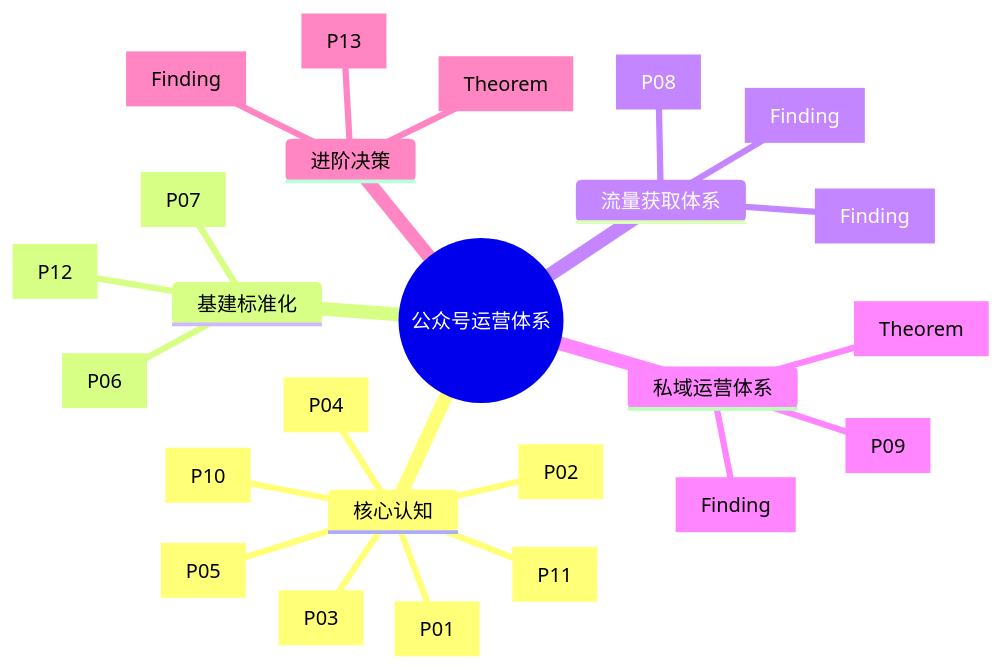
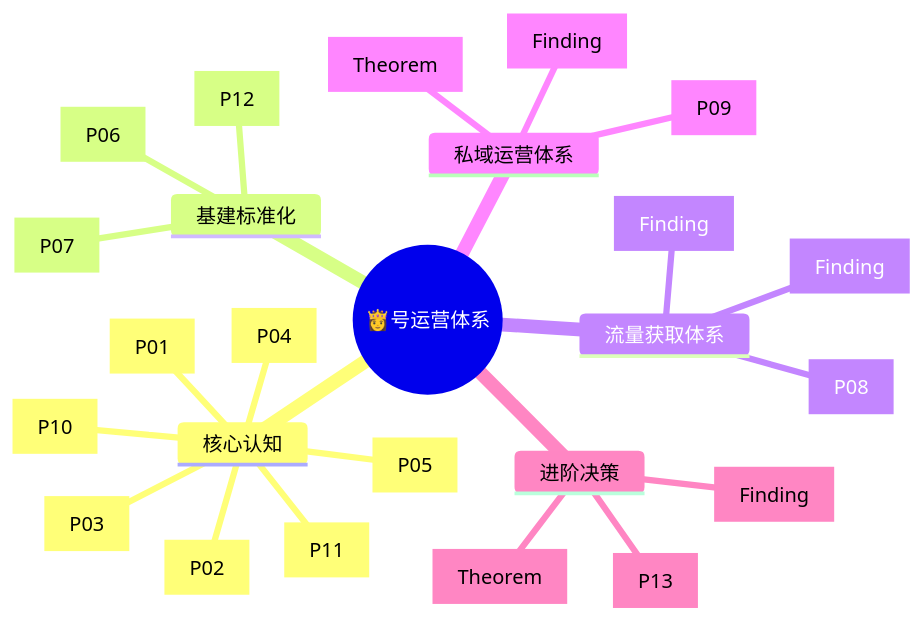
The first of 17 diagrams in docs/202305_paper2textbook/asset/body_fix_fef9f673e3f2ac5d232e000cf07b6bd1_1cbe366ec61a8d2e900413408606dd4c_2fbd71f0d27032695779edb4451cea29_905dee25f6228ec1e71eb8a75cbc36af.md (OpenDocCN1/flygon-zhuanqian-zhoubao), drawn with Mermaid before and after one commit. The commit also changed other lines of this file and 6688 other files, not shown here.

````diff
--- a/docs/202305_paper2textbook/asset/body_fix_fef9f673e3f2ac5d232e000cf07b6bd1_1cbe366ec61a8d2e900413408606dd4c_2fbd71f0d27032695779edb4451cea29_905dee25f6228ec1e71eb8a75cbc36af.md
+++ b/docs/202305_paper2textbook/asset/body_fix_fef9f673e3f2ac5d232e000cf07b6bd1_1cbe366ec61a8d2e900413408606dd4c_2fbd71f0d27032695779edb4451cea29_905dee25f6228ec1e71eb8a75cbc36af.md
@@ -27,28 +27,28 @@
 ```mermaid
 mindmap
-  root((公众号运营体系))
+  root((👸号运营体系))
     核心认知
       情感IP号最优赛道公理[P01]
       变现倒推定位法[P02]
       引流-变现双轮模型[P03]
       钩子理论[P04]
       白名单互推机制[P05]
       个人IP强标签[P10]
       变现四阶梯进阶定律[P11]
     基建标准化
       账号注册与后台核心配置清单[P06]
       排版黄金参数标准[P07]
       内容生产黄金节奏[P12]
     流量获取体系
       外部引流找车/上车成本控制法[P08]
       内部引流渠道效能排序[Finding]
       广告避坑红线清单[Finding]
     私域运营体系
       社群分层运营体系[P09]
       社群规则前置原则[Theorem]
       引流钩子定价阈值效应[Finding]
     进阶决策
       留言功能迁移获取决策树[P13]
       广告报价双决定因子定律[Theorem]
       案例验证：失重限期/某可复制情感号[Finding]
 ```
````
